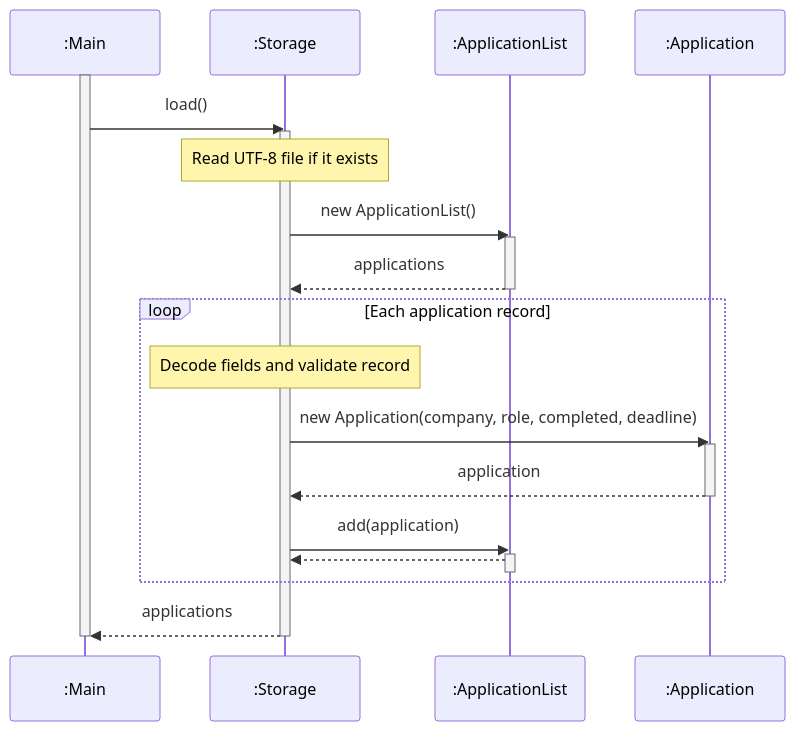
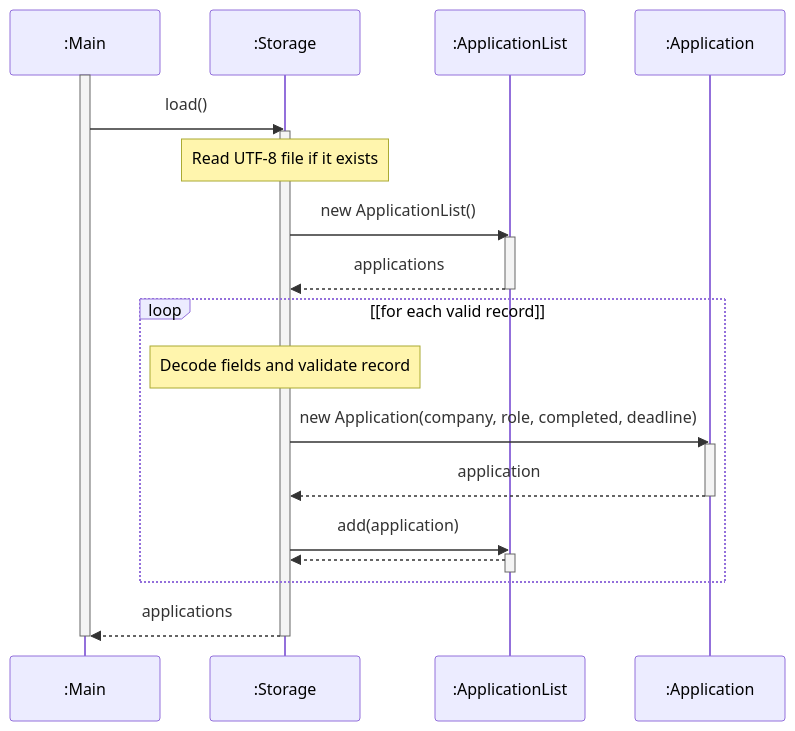
One commit to AY2627S1-CS2113-T10-2/tp changed diagram 21 of 21 in docs/DeveloperGuide.md. Above: the diagram before and after it, drawn with Mermaid. The commit also changed other lines of this file, not shown here.

First line of the commit message:
docs: align diagrams with reference guidelines and compact activity/object layouts

````diff
--- a/docs/DeveloperGuide.md
+++ b/docs/DeveloperGuide.md
@@ -1301,33 +1237,33 @@
 ```mermaid
 sequenceDiagram
     participant main as :Main
     participant storage as :Storage
     participant list as :ApplicationList
     participant app as :Application
 
     activate main
     main->>storage: load()
     activate storage
     Note over storage: Read UTF-8 file if it exists
 
     storage->>list: new ApplicationList()
     activate list
     list-->>storage: applications
     deactivate list
 
-    loop Each application record
+    loop [for each valid record]
         Note over storage: Decode fields and validate record
         storage->>app: new Application(company, role, completed, deadline)
         activate app
         app-->>storage: application
         deactivate app
         storage->>list: add(application)
         activate list
         list-->>storage: 
         deactivate list
     end
 
     storage-->>main: applications
     deactivate storage
     deactivate main
 ```
````
